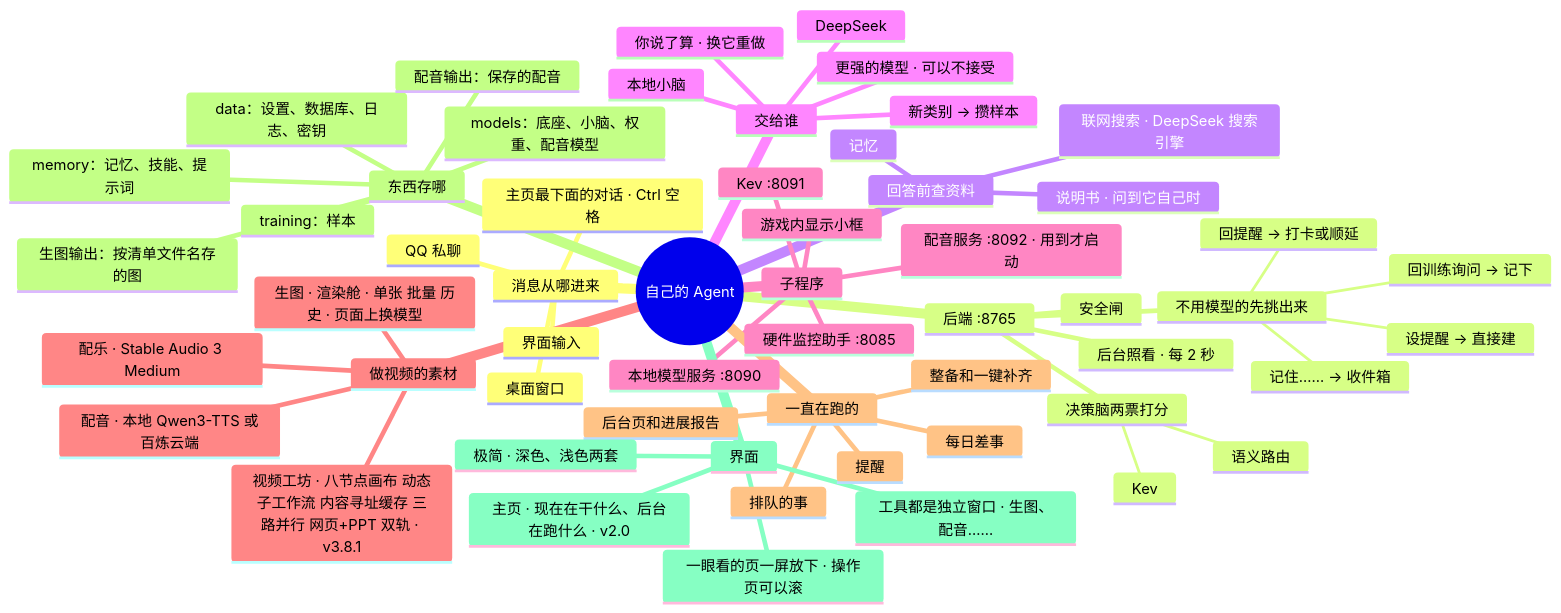
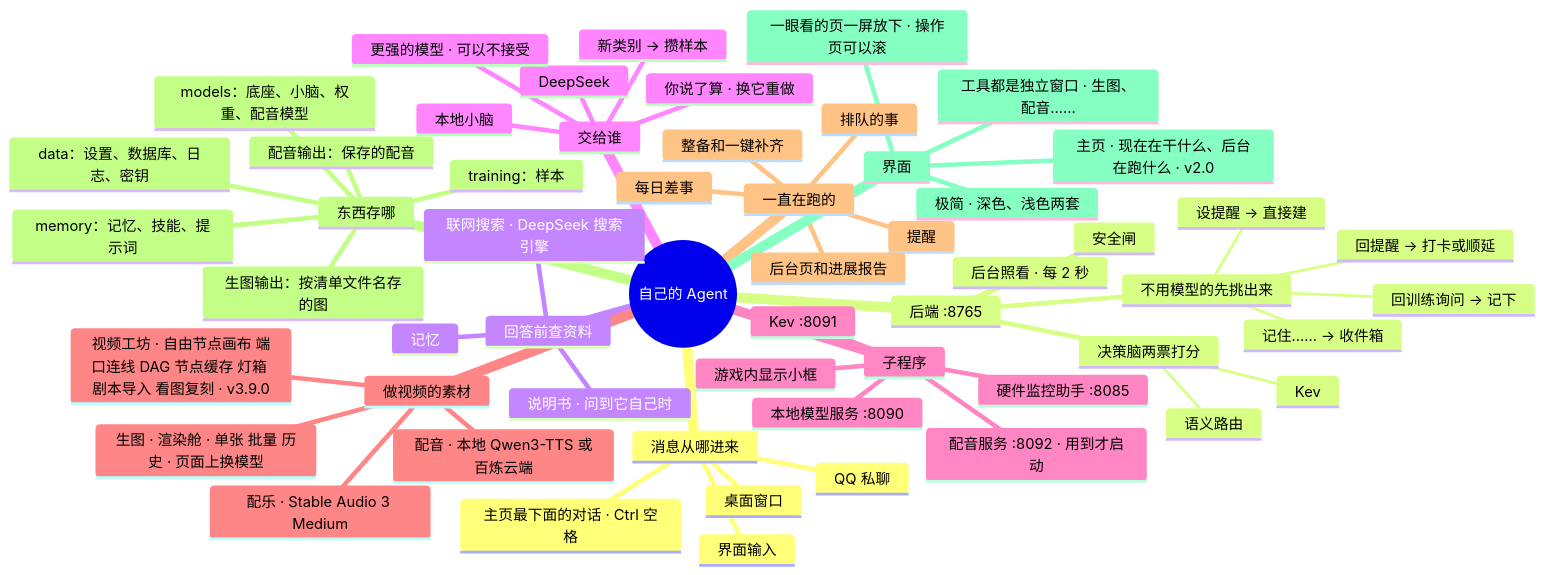
Before and after one commit to lql-076/Experiment-Agent-One: the diagram in docs/AI文档/架构/00-总览.md, drawn with Mermaid. The commit also changed other lines of this file and 19 other files, not shown here.

Commit message:
v3.9.0：视频工坊自由节点画布（节点/端口/连线、DAG 与节点缓存、旧工程迁移）、高清灯箱、剧本驱动、看图复刻

```diff
--- a/docs/AI文档/架构/00-总览.md
+++ b/docs/AI文档/架构/00-总览.md
@@ -68,7 +68,7 @@
       :::go-15
       配乐 · Stable Audio 3 Medium
       :::go-18
-      视频工坊 · 八节点画布 动态子工作流 内容寻址缓存 三路并行 网页+PPT 双轨 · v3.8.1
+      视频工坊 · 自由节点画布 端口连线 DAG 节点缓存 灯箱 剧本导入 看图复刻 · v3.9.0
       :::go-20
     一直在跑的
       提醒
```
